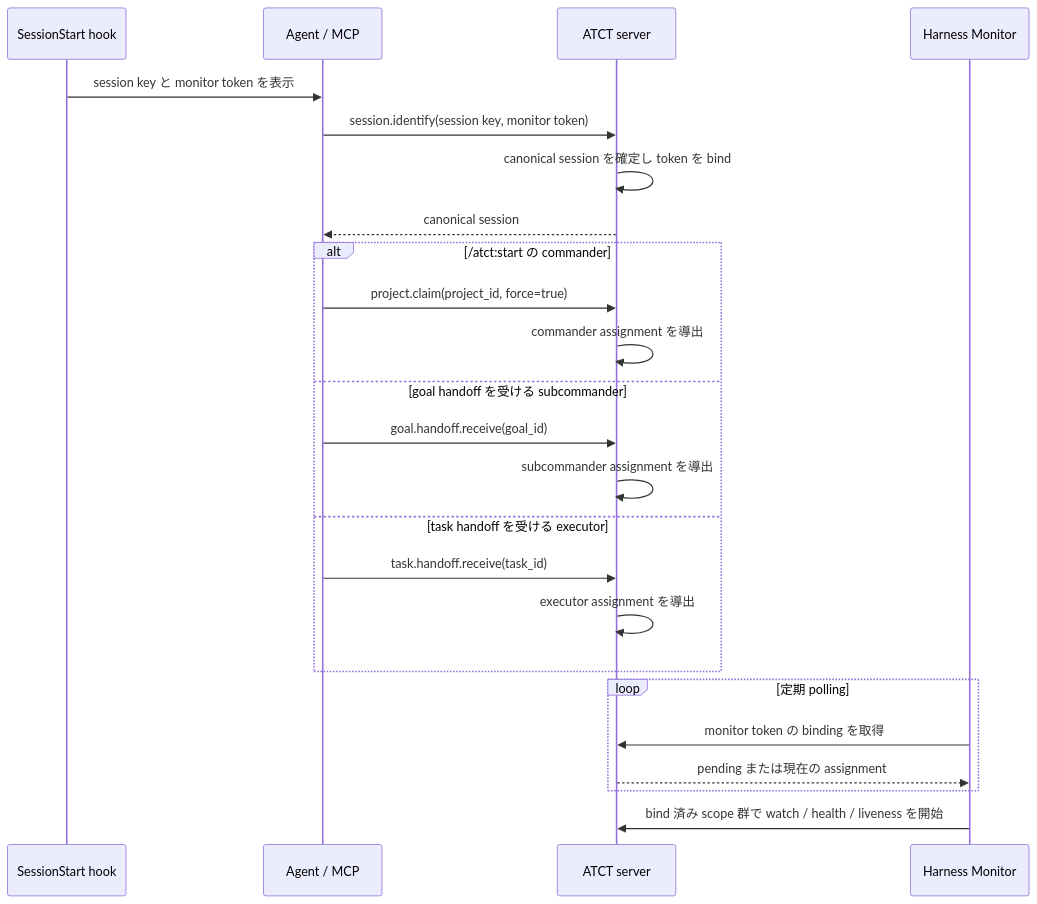
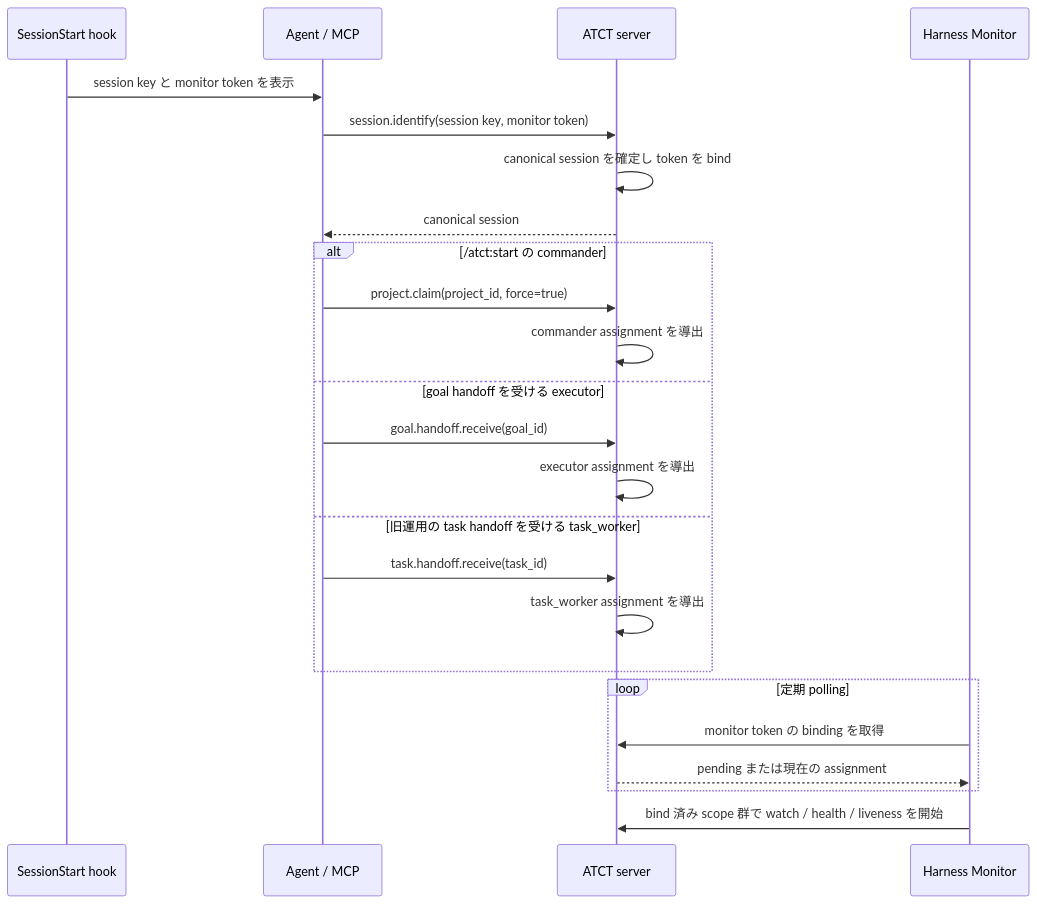
The diagram in doc/bootstrap.md (michiomochi/atct), drawn with Mermaid before and after one commit. The commit also changed other lines of this file and 49 other files, not shown here.

First line of the commit message:
Make the roles commander and executor: the goal handoff holder is called executor

````diff
--- a/doc/bootstrap.md
+++ b/doc/bootstrap.md
@@ -23,27 +23,27 @@
 ```mermaid
 sequenceDiagram
     participant H as SessionStart hook
     participant A as Agent / MCP
     participant S as ATCT server
     participant M as Harness Monitor
 
     H->>A: session key と monitor token を表示
     A->>S: session.identify(session key, monitor token)
     S->>S: canonical session を確定し token を bind
     S-->>A: canonical session
     alt /atct:start の commander
         A->>S: project.claim(project_id, force=true)
         S->>S: commander assignment を導出
-    else goal handoff を受ける subcommander
+    else goal handoff を受ける executor
         A->>S: goal.handoff.receive(goal_id)
-        S->>S: subcommander assignment を導出
-    else task handoff を受ける executor
+        S->>S: executor assignment を導出
+    else 旧運用の task handoff を受ける task_worker
         A->>S: task.handoff.receive(task_id)
-        S->>S: executor assignment を導出
+        S->>S: task_worker assignment を導出
     end
     loop 定期 polling
         M->>S: monitor token の binding を取得
         S-->>M: pending または現在の assignment
     end
     M->>S: bind 済み scope 群で watch / health / liveness を開始
 ```
````
